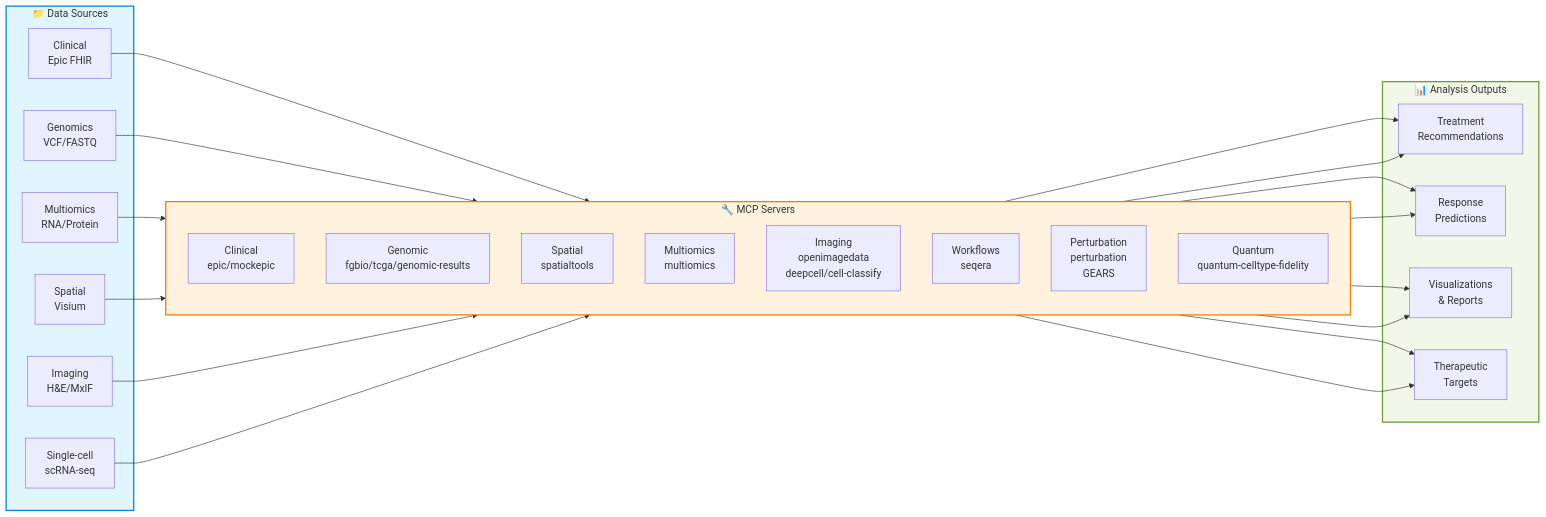
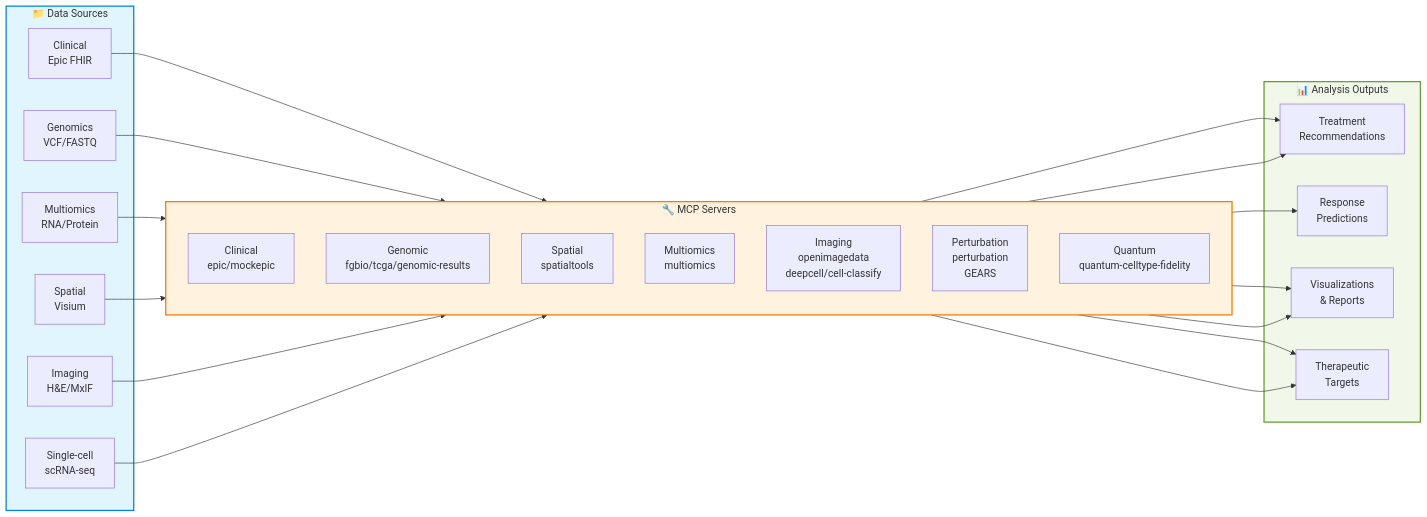
One commit to raymond301/precision-medicine-mcp changed the first of 2 diagrams in docs/reference/architecture/README.md. Above: the diagram before and after it, drawn with Mermaid. The commit also changed other lines of this file and 68 other files, not shown here.

````diff
--- a/docs/reference/architecture/README.md
+++ b/docs/reference/architecture/README.md
@@ -9,50 +9,48 @@
 ```mermaid
 graph LR
     subgraph Input["📁 Data Sources"]
         EHR[Clinical<br/>Epic FHIR]
         SEQ[Genomics<br/>VCF/FASTQ]
         OMICS[Multiomics<br/>RNA/Protein]
         SPATIAL[Spatial<br/>Visium]
         IMG[Imaging<br/>H&E/MxIF]
         SCRNA[Single-cell<br/>scRNA-seq]
     end
 
     subgraph MCP["🔧 MCP Servers"]
         direction TB
         S1[Clinical<br/>epic/mockepic]
         S2[Genomic<br/>fgbio/tcga/genomic-results]
         S3[Spatial<br/>spatialtools]
         S4[Multiomics<br/>multiomics]
         S5[Imaging<br/>openimagedata<br/>deepcell/cell-classify]
-        S6[Workflows<br/>seqera]
         S7[Perturbation<br/>perturbation<br/>GEARS]
         S8[Quantum<br/>quantum-celltype-fidelity]
     end
 
     subgraph Output["📊 Analysis Outputs"]
         TREAT[Treatment<br/>Recommendations]
         PREDICT[Response<br/>Predictions]
         VIZ[Visualizations<br/>& Reports]
         INSIGHTS[Therapeutic<br/>Targets]
     end
 
     EHR --> S1
     SEQ --> S2
     OMICS --> S4
     SPATIAL --> S3
     IMG --> S5
     SCRNA --> S7
 
     S1 --> TREAT
     S2 --> PREDICT
     S3 --> VIZ
     S4 --> INSIGHTS
     S5 --> TREAT
-    S6 --> PREDICT
     S7 --> VIZ
     S8 --> INSIGHTS
 
     style Input fill:#e1f5ff,stroke:#0288d1,stroke-width:2px
     style MCP fill:#fff3e0,stroke:#f57c00,stroke-width:2px
     style Output fill:#f1f8e9,stroke:#689f38,stroke-width:2px
 ```
````
